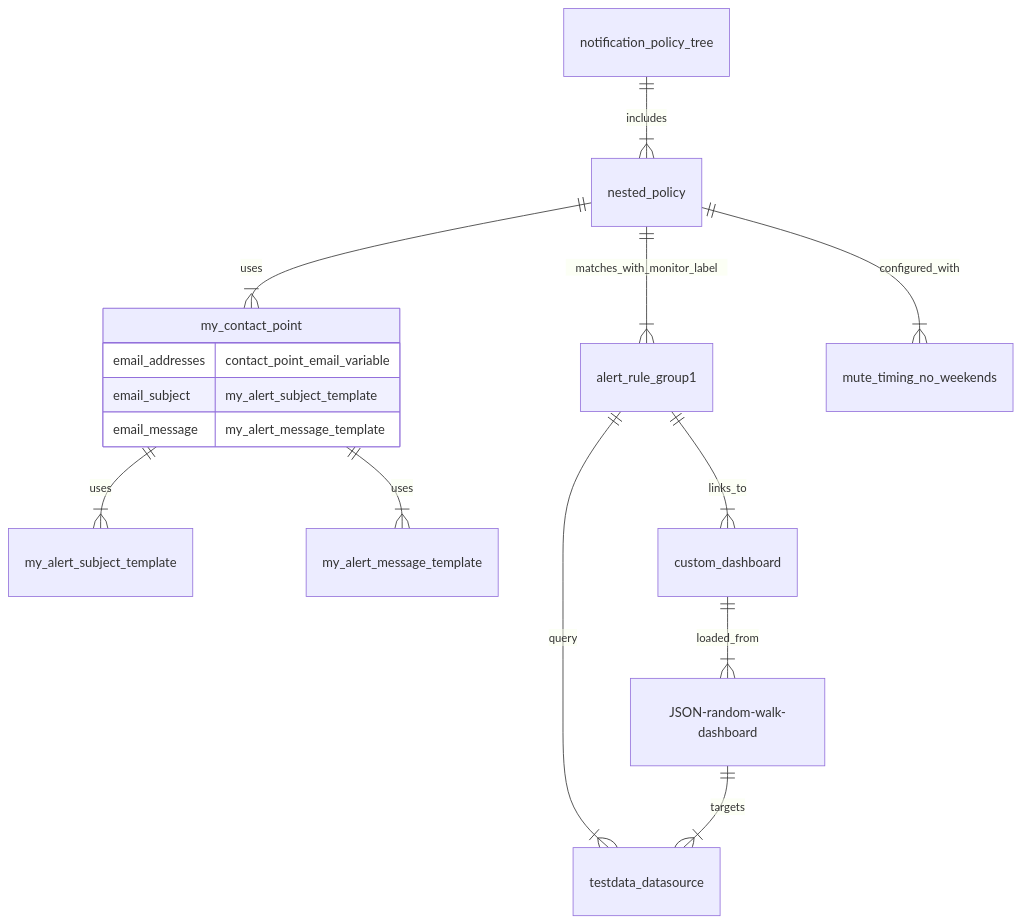
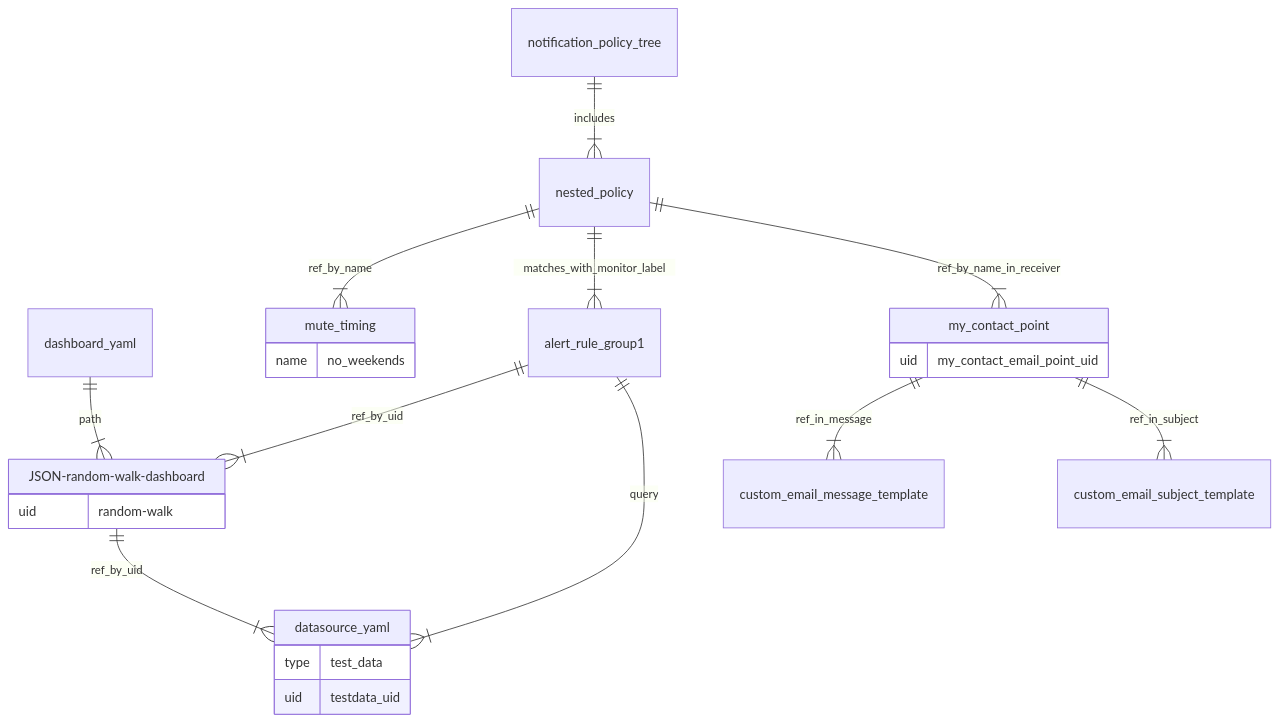
Before and after one commit to grafana/provisioning-alerting-examples: the diagram in config-files/README.md, drawn with Mermaid. The commit also changed 1 other file, not shown here.

Commit message:
Update readme and mermaid `config-files` diagram

````diff
--- a/config-files/README.md
+++ b/config-files/README.md
@@ -30,25 +30,36 @@
 ```mermaid
     erDiagram
 
-    custom_dashboard ||--|{ JSON-random-walk-dashboard : loaded_from
+    dashboard_yaml ||--|{ JSON-random-walk-dashboard : path
 
-    JSON-random-walk-dashboard ||--|{ testdata_datasource : targets
+    JSON-random-walk-dashboard ||--|{ datasource_yaml : ref_by_uid
 
-    alert_rule_group1 ||--|{ testdata_datasource : query
-    alert_rule_group1 ||--|{ custom_dashboard : links_to
+    JSON-random-walk-dashboard {
+        uid random-walk
+    }
+
+    datasource_yaml {
+        type test_data
+        uid testdata_uid
+    }
+
+    alert_rule_group1 ||--|{ datasource_yaml : query
+    alert_rule_group1 ||--|{ JSON-random-walk-dashboard : ref_by_uid
 
     notification_policy_tree ||--|{ nested_policy : includes
 
-    nested_policy ||--|{ my_contact_point : uses
+    nested_policy ||--|{ my_contact_point : ref_by_name_in_receiver
     nested_policy ||--|{ alert_rule_group1 : matches_with_monitor_label
-    nested_policy ||--|{ mute_timing_no_weekends : configured_with
+    nested_policy ||--|{ mute_timing : ref_by_name
 
-    my_contact_point ||--|{ my_alert_subject_template : uses
-    my_contact_point ||--|{ my_alert_message_template : uses
+    my_contact_point ||--|{ custom_email_subject_template : ref_in_subject
+    my_contact_point ||--|{ custom_email_message_template : ref_in_message
     my_contact_point {
-        email_addresses contact_point_email_variable
-        email_subject my_alert_subject_template
-        email_message my_alert_message_template
+        uid my_contact_email_point_uid
+
     }
 
+    mute_timing {
+        name no_weekends
+    }
 ```
````
